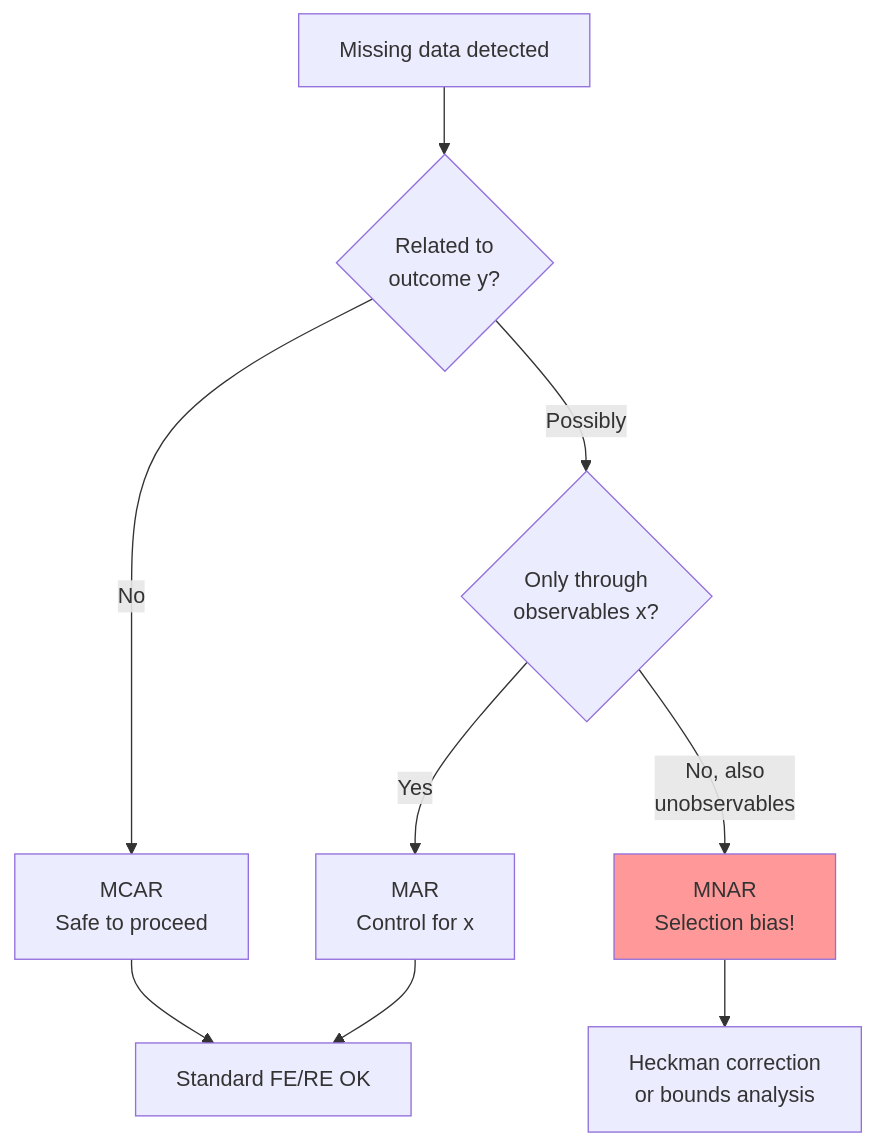
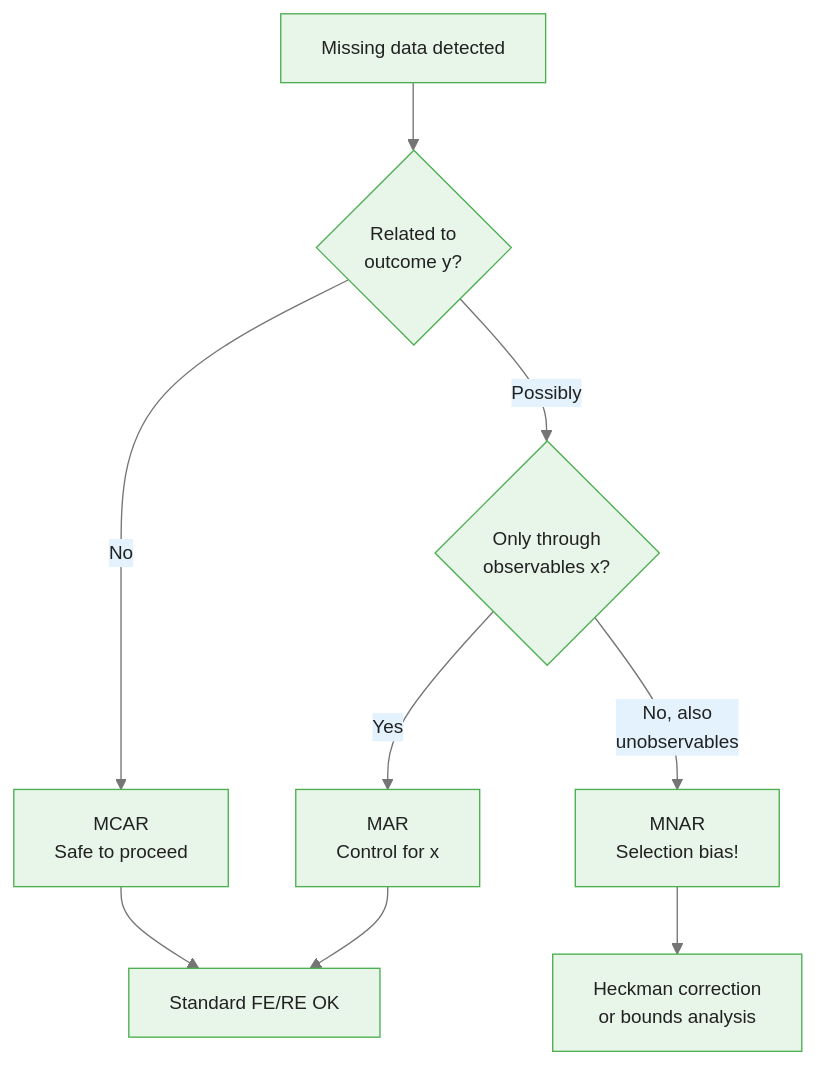
One commit to m-deane/course-creator changed the second of 4 diagrams in courses/panel-regression/modules/module_01_panel_structure/guides/03_data_quality_slides.md. Above: the diagram before and after it, drawn with Mermaid. The commit also changed other lines of this file and 79 other files, not shown here.

````diff
--- a/courses/panel-regression/modules/module_01_panel_structure/guides/03_data_quality_slides.md
+++ b/courses/panel-regression/modules/module_01_panel_structure/guides/03_data_quality_slides.md
@@ -96,12 +125,12 @@
 ```mermaid
+%%{init: {"theme": "base", "themeVariables": {"primaryColor": "#e8f5e9", "primaryBorderColor": "#4caf50", "primaryTextColor": "#212121", "secondaryColor": "#e3f2fd", "tertiaryColor": "#fff8e1", "lineColor": "#757575", "fontFamily": "Inter, sans-serif", "fontSize": "14px"}}}%%
 flowchart TD
     M["Missing data detected"] --> Q1{"Related to<br/>outcome y?"}
     Q1 -->|"No"| MCAR["MCAR<br/>Safe to proceed"]
     Q1 -->|"Possibly"| Q2{"Only through<br/>observables x?"}
     Q2 -->|"Yes"| MAR["MAR<br/>Control for x"]
     Q2 -->|"No, also<br/>unobservables"| MNAR["MNAR<br/>Selection bias!"]
     MCAR --> OK["Standard FE/RE OK"]
     MAR --> OK
     MNAR --> FIX["Heckman correction<br/>or bounds analysis"]
-    style MNAR fill:#f99
 ```
````
